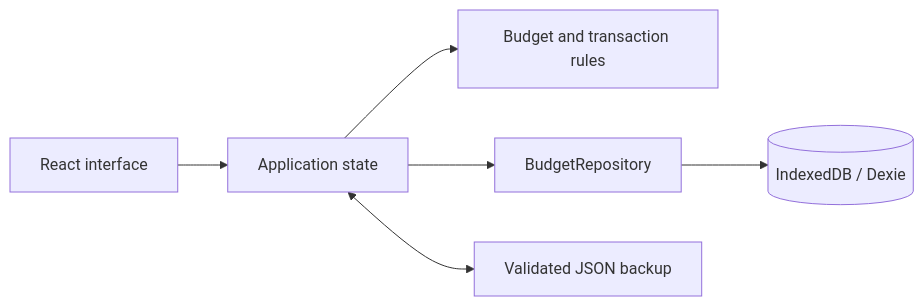
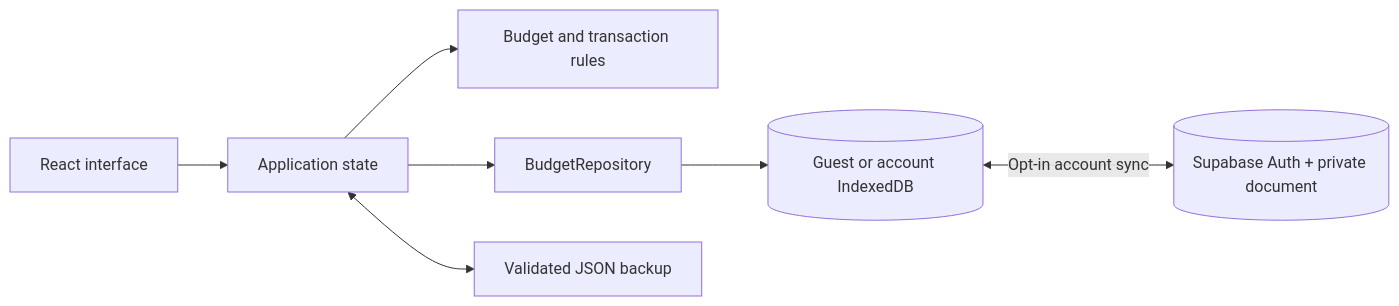
The diagram in README.md (victorsauter/finance), drawn with Mermaid before and after one commit. The commit also changed other lines of this file and 37 other files, not shown here.

Commit message:
feat: add private Supabase authentication and offline sync (#1)

````diff
--- a/README.md
+++ b/README.md
@@ -102,8 +113,9 @@
 ```mermaid
 flowchart LR
   UI[React interface] --> Context[Application state]
   Context --> Domain[Budget and transaction rules]
   Context --> Repository[BudgetRepository]
-  Repository --> Storage[(IndexedDB / Dexie)]
+  Repository --> Storage[(Guest or account IndexedDB)]
+  Storage <-->|Opt-in account sync| Cloud[(Supabase Auth + private document)]
   Context <--> Backup[Validated JSON backup]
 ```
````
